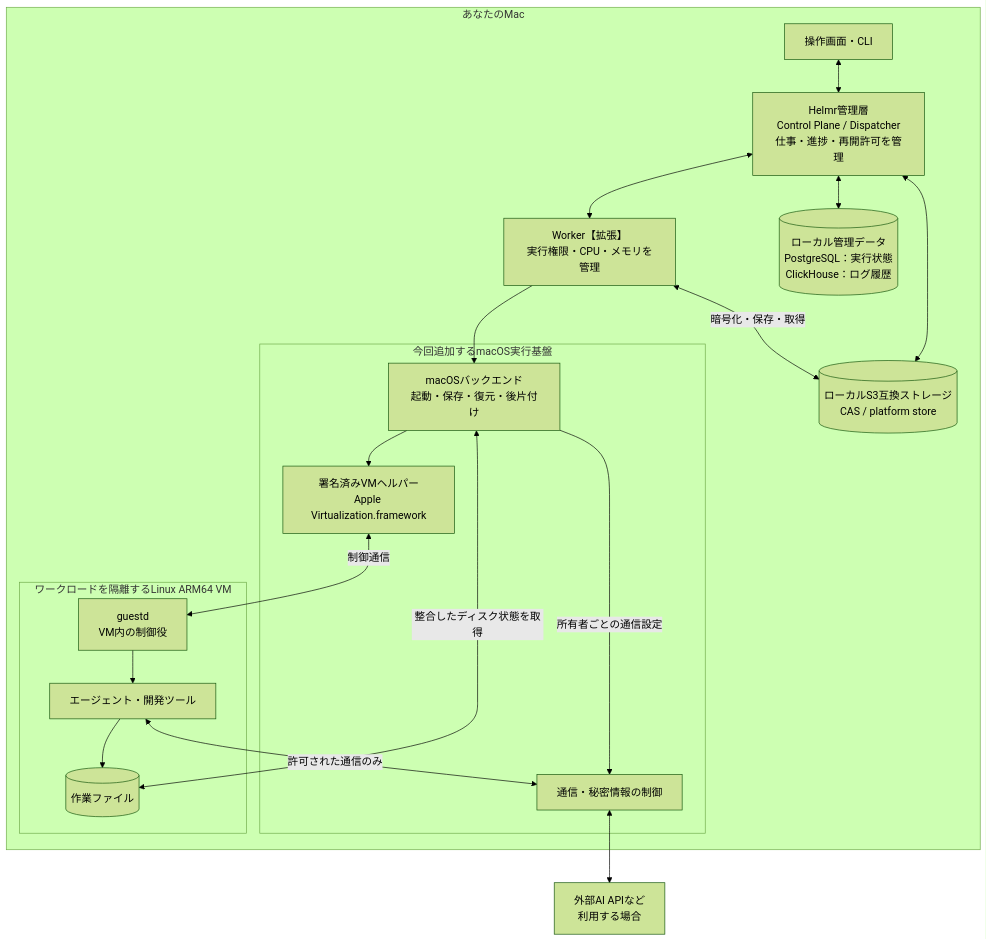
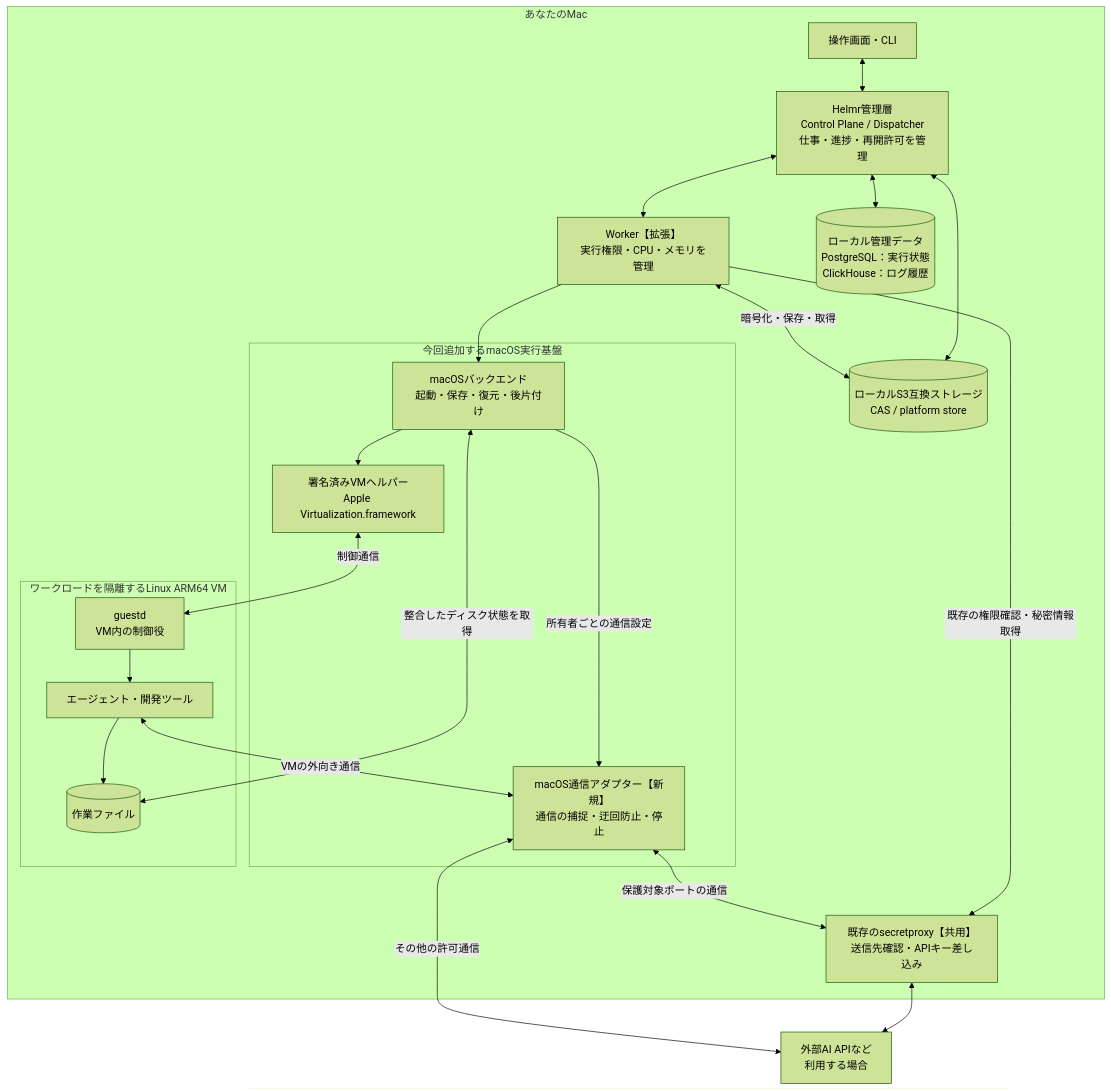
One commit to kijitra/helmr changed the first of 2 diagrams in docs/design/macos-runtime.md. Above: the diagram before and after it, drawn with Mermaid (forest theme). The commit also changed other lines of this file and 1 other file, not shown here.

````diff
--- a/docs/design/macos-runtime.md
+++ b/docs/design/macos-runtime.md
@@ -111,38 +111,42 @@
 ```mermaid
 flowchart TB
   subgraph MAC["あなたのMac"]
     UI["操作画面・CLI"]
     CP["Helmr管理層<br/>Control Plane / Dispatcher<br/>仕事・進捗・再開許可を管理"]
     W["Worker【拡張】<br/>実行権限・CPU・メモリを管理"]
     DB[("ローカル管理データ<br/>PostgreSQL：実行状態<br/>ClickHouse：ログ履歴")]
     STORE[("ローカルS3互換ストレージ<br/>CAS / platform store")]
+    PROXY["既存のsecretproxy【共用】<br/>送信先確認・APIキー差し込み"]
 
     subgraph NEW["今回追加するmacOS実行基盤"]
       B["macOSバックエンド<br/>起動・保存・復元・後片付け"]
       H["署名済みVMヘルパー<br/>Apple Virtualization.framework"]
-      NET["通信・秘密情報の制御"]
+      NET["macOS通信アダプター【新規】<br/>通信の捕捉・迂回防止・停止"]
     end
 
     subgraph VM["ワークロードを隔離するLinux ARM64 VM"]
       G["guestd<br/>VM内の制御役"]
       A["エージェント・開発ツール"]
       DISK[("作業ファイル")]
       G --> A
       A --> DISK
     end
 
     UI <--> CP
     CP <--> W
     CP <--> DB
     CP <--> STORE
     W <-->|暗号化・保存・取得| STORE
+    W -->|既存の権限確認・秘密情報取得| PROXY
     W --> B
     B --> H
     B -->|所有者ごとの通信設定| NET
     B <-->|整合したディスク状態を取得| DISK
     H <-->|制御通信| G
-    A <-->|許可された通信のみ| NET
+    A <-->|VMの外向き通信| NET
+    NET <-->|保護対象ポートの通信| PROXY
   end
 
-  NET <--> API["外部AI APIなど<br/>利用する場合"]
+  PROXY <--> API["外部AI APIなど<br/>利用する場合"]
+  NET <-->|その他の許可通信| API
 ```
````
